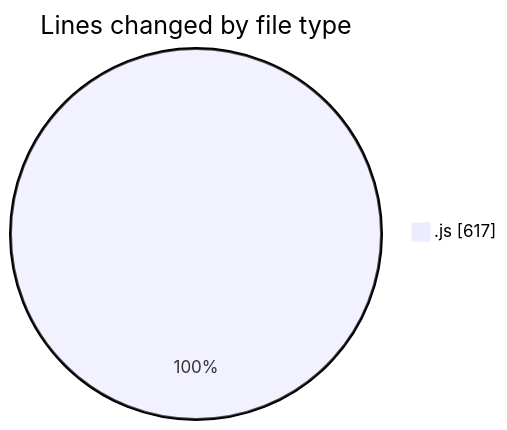
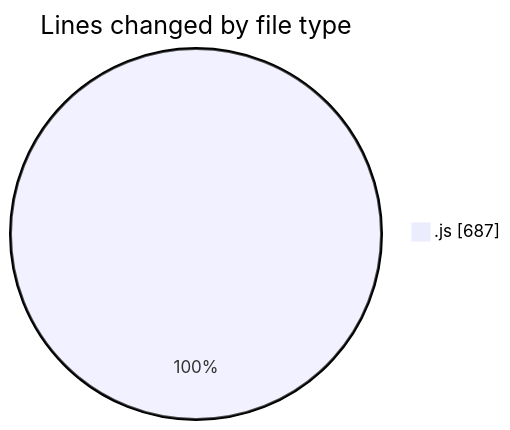
One commit to BS-eng2023/code-tracking changed the first of 2 diagrams in 2025-04-03/jsvms/README.md. Above: the diagram before and after it, drawn with Mermaid. The commit also changed other lines of this file and 1 other file, not shown here.

````diff
--- a/2025-04-03/jsvms/README.md
+++ b/2025-04-03/jsvms/README.md
@@ -24,5 +25,5 @@
 ```mermaid
 pie showData
 title Lines changed by file type
-".js" : 617
+".js" : 687
 ```
````
